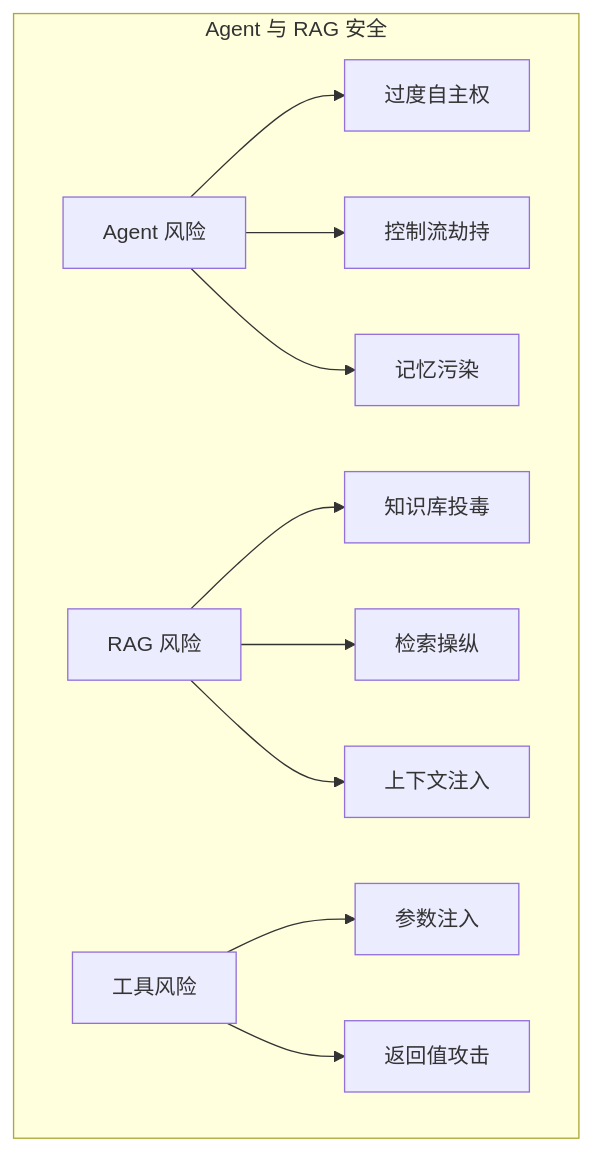
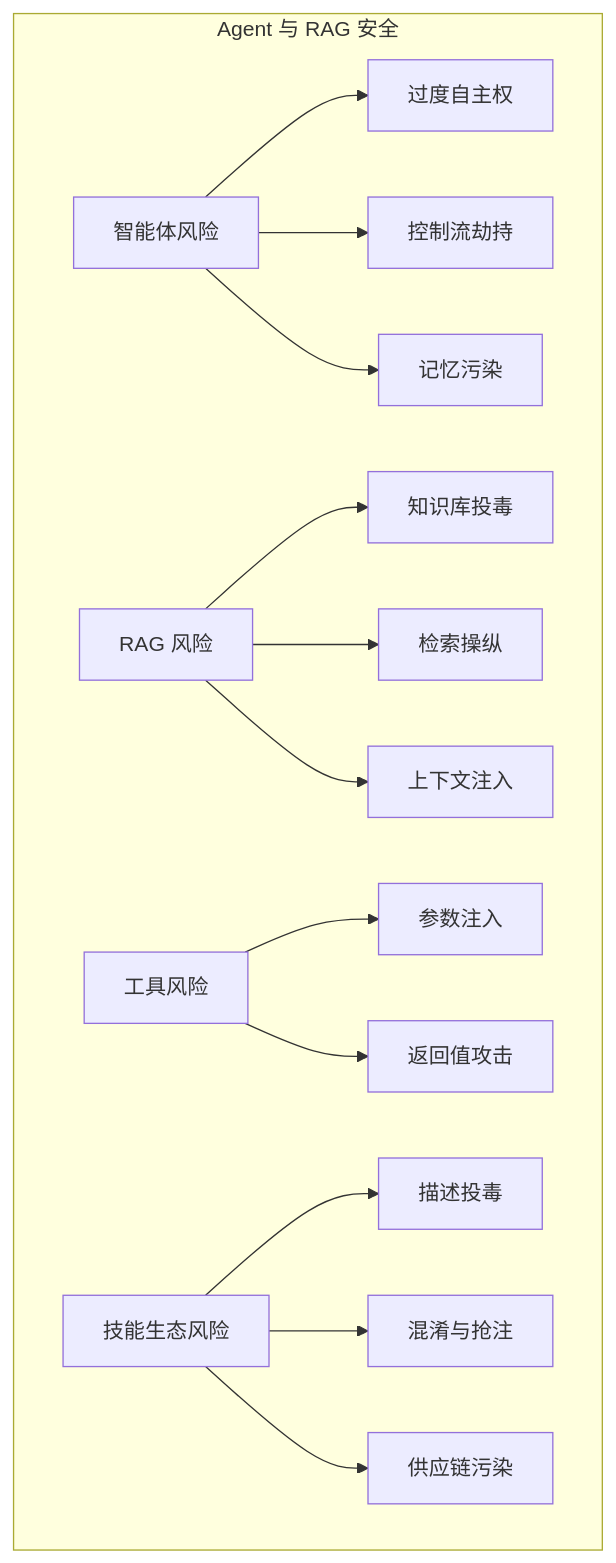
Before and after one commit to yeasy/ai_security_guide: the diagram in 07_agent_rag_security/summary.md, drawn with Mermaid. The commit also changed other lines of this file and 74 other files, not shown here.

````diff
--- a/07_agent_rag_security/summary.md
+++ b/07_agent_rag_security/summary.md
@@ -15,15 +16,19 @@
 ```mermaid
 graph TB
     subgraph "Agent 与 RAG 安全"
-    A["Agent 风险"] --> A1["过度自主权"]
+    A["智能体风险"] --> A1["过度自主权"]
     A --> A2["控制流劫持"]
     A --> A3["记忆污染"]
 
     B["RAG 风险"] --> B1["知识库投毒"]
     B --> B2["检索操纵"]
     B --> B3["上下文注入"]
 
     C["工具风险"] --> C1["参数注入"]
     C --> C2["返回值攻击"]
+
+    D["技能生态风险"] --> D1["描述投毒"]
+    D --> D2["混淆与抢注"]
+    D --> D3["供应链污染"]
     end
 ```
````
